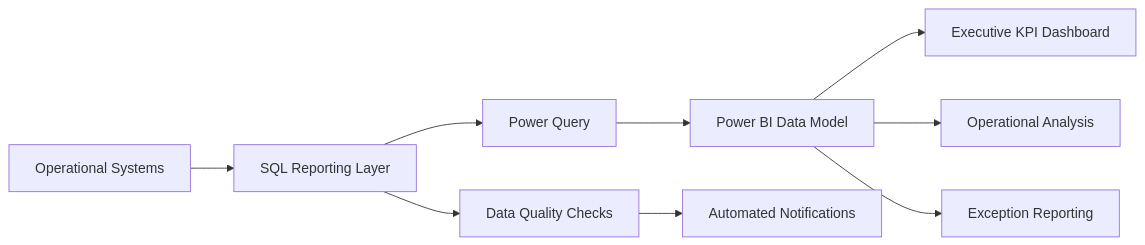
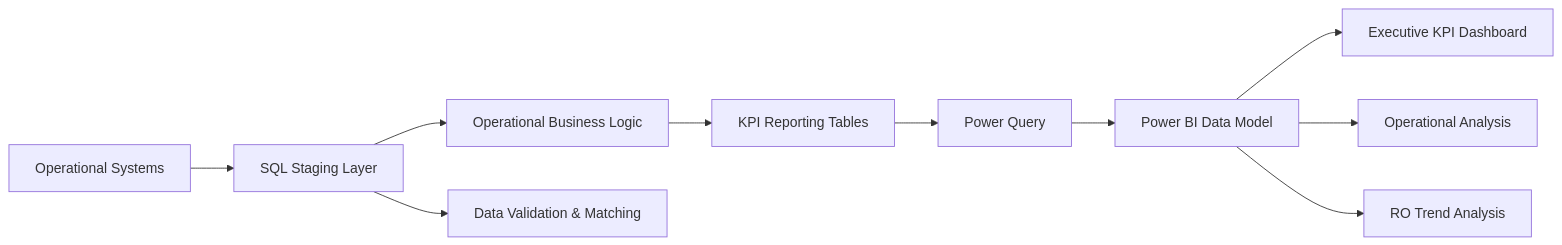
Before and after one commit to Ivke555/aviation-procurement-kpi-dashboard: the diagram in README.md, drawn with Mermaid. The commit also changed other lines of this file, not shown here.

Commit message:
Update README with SQL portfolio examples

````diff
--- a/README.md
+++ b/README.md
@@ -43,13 +44,14 @@
 ```mermaid
 flowchart LR
-    A[Operational Systems] --> B[SQL Reporting Layer]
-    B --> C[Power Query]
-    C --> D[Power BI Data Model]
+    A[Operational Systems] --> B[SQL Staging Layer]
+    B --> C[Operational Business Logic]
+    C --> D[KPI Reporting Tables]
+    D --> E[Power Query]
+    E --> F[Power BI Data Model]
 
-    D --> E[Executive KPI Dashboard]
-    D --> F[Operational Analysis]
-    D --> G[Exception Reporting]
+    F --> G[Executive KPI Dashboard]
+    F --> H[Operational Analysis]
+    F --> I[RO Trend Analysis]
 
-    B --> H[Data Quality Checks]
-    H --> I[Automated Notifications]
+    B --> J[Data Validation & Matching]
 ```
````
